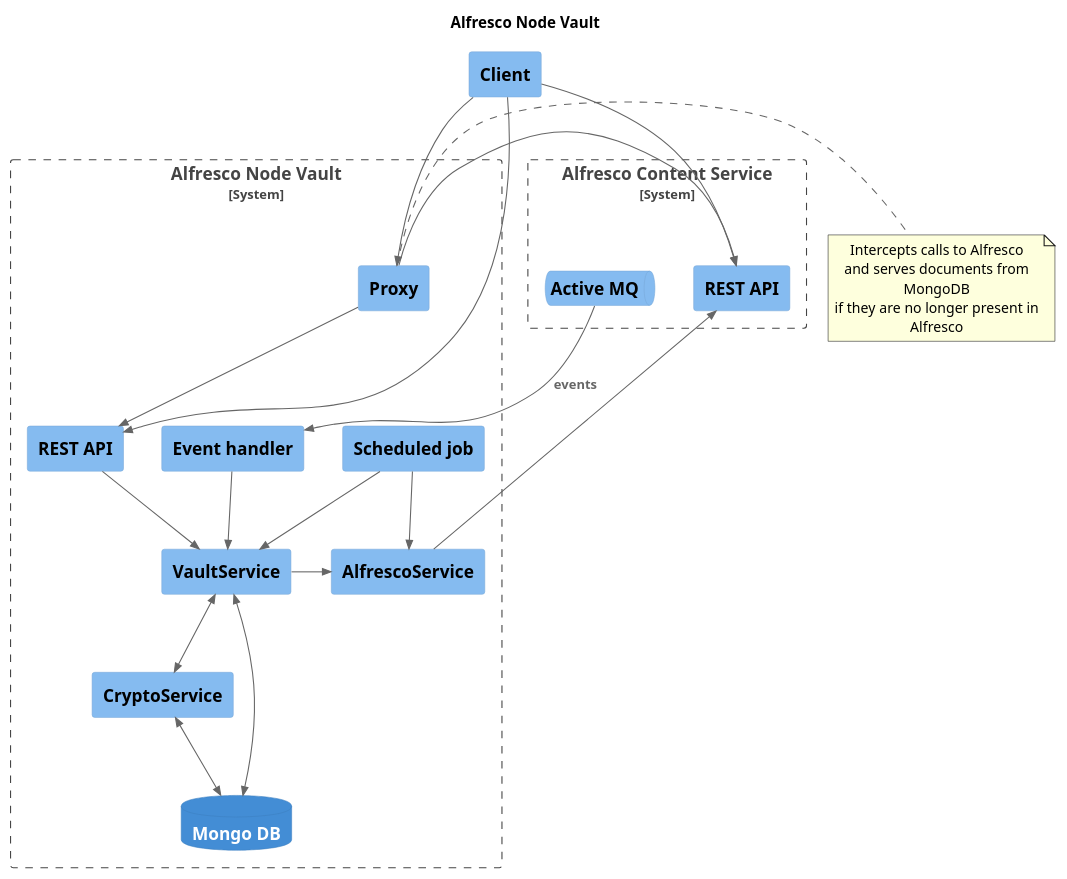
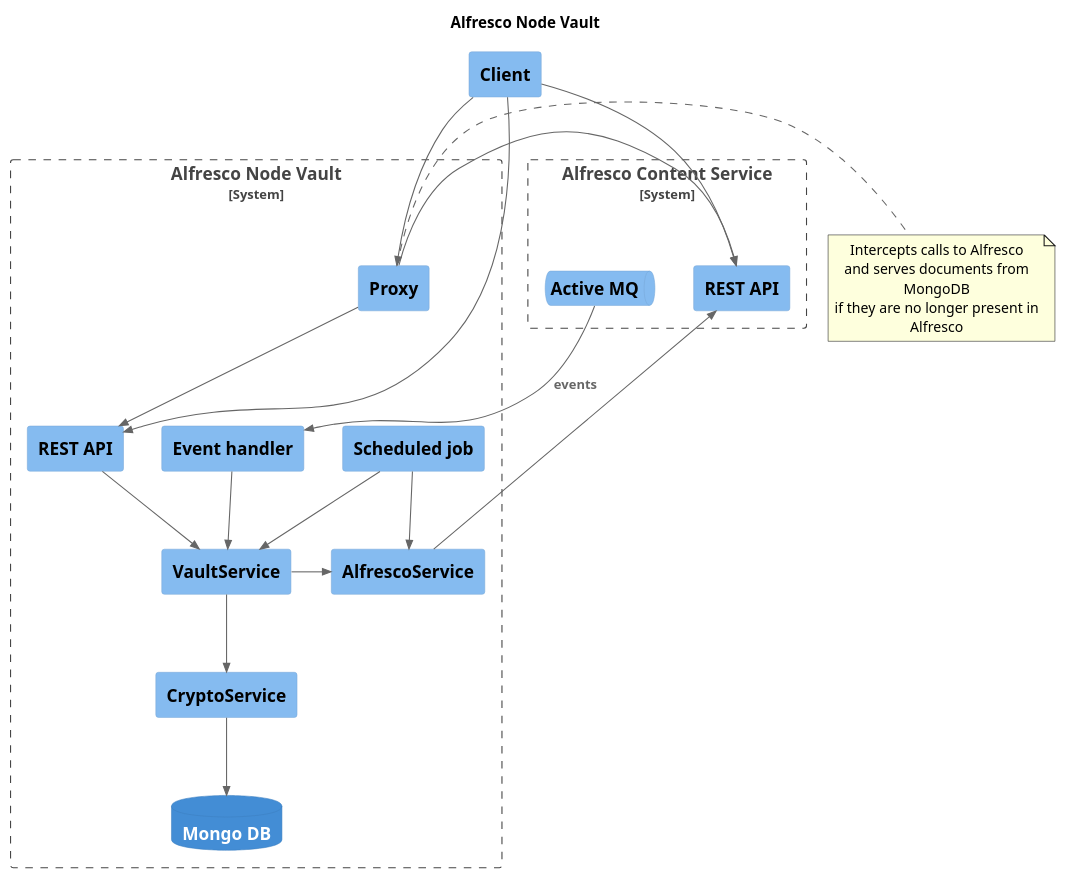
Before and after one commit to saidone75/alfresco-node-vault: the diagram in architecture.puml, drawn with PlantUML. The commit also changed 1 other file, not shown here.

Commit message:
Change bidirectional relationships between anvVault, anvCrypto, and anvMongo to unidirectional in architecture.puml

```diff
--- a/architecture.puml
+++ b/architecture.puml
@@ -1,50 +1,49 @@
 @startuml
 !include <C4/C4_Container>
 !include <C4/C4_Component>
 
 hide stereotype
 
 title Alfresco Node Vault
 
 System_Boundary(anv, "Alfresco Node Vault") {
   Component(anvProxy, "Proxy")
   Component(anvApi, "REST API")
   Component(anvHandler, "Event handler")
   Component(anvJob, "Scheduled job")
   Component(anvVault, "VaultService")
   Component(anvCrypto, "CryptoService")
   Component(anvAlfresco, "AlfrescoService")
   ContainerDb(anvMongo, "Mongo DB")
 }
 
 note right of [anvProxy]
 Intercepts calls to Alfresco
 and serves documents from MongoDB
 if they are no longer present in Alfresco
 end note
 
 System_Boundary(acs, "Alfresco Content Service") {
   ComponentQueue(acsQueue, "Active MQ")
   Component(acsApi, "REST API")
 }
 
 Rel_D(acsQueue, anvHandler, "events")
 Rel_D(anvProxy, anvApi, "")
 Rel_R(anvProxy, acsApi, "")
 Rel_D(anvApi, anvVault, "")
 Rel_D(anvHandler, anvVault, "")
 Rel_D(anvJob, anvVault, "")
 Rel_D(anvJob, anvAlfresco, "")
-BiRel_D(anvVault, anvCrypto, "")
-BiRel_D(anvVault, anvMongo, "")
-BiRel_D(anvCrypto, anvMongo, "")
+Rel_D(anvVault, anvCrypto, "")
+Rel_D(anvCrypto, anvMongo, "")
 Rel_R(anvVault, anvAlfresco, "")
 Rel_R(anvAlfresco, acsApi, "")
 
 Component(client, "Client")
 
 Rel_D(client, anvProxy, "")
 Rel_D(client, anvApi, "")
 Rel_D(client, acsApi, "")
 
 @enduml
```
